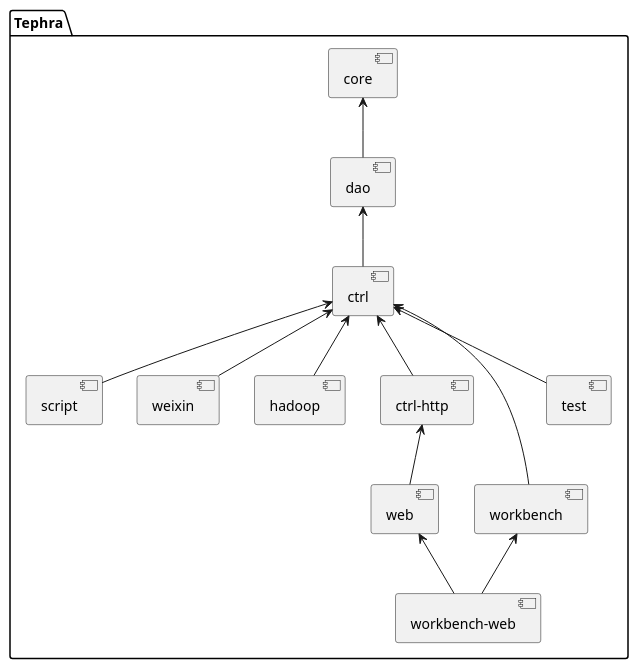
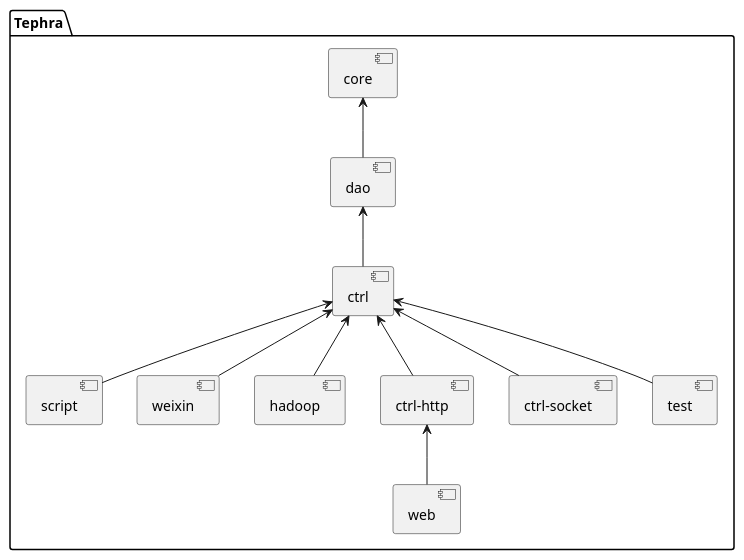
The diagram in doc/uml/front/first/module.puml (wangscript007/tephra), drawn with PlantUML before and after one commit. The commit also changed 154 other files, not shown here.

Commit message:
去除workbench模块；调整UML图到相应子模块。

```diff
--- a/doc/uml/front/first/module.puml
+++ b/doc/uml/front/first/module.puml
@@ -1,18 +1,16 @@
 @startuml
 
 package Tephra {
 [core]
 [core] <-- [dao]
 [dao] <-- [ctrl]
 [ctrl] <-- [script]
 [ctrl] <-- [weixin]
 [ctrl] <-- [hadoop]
 [ctrl] <-- [ctrl-http]
+[ctrl] <-- [ctrl-socket]
 [ctrl-http] <-- [web]
-[ctrl] <-- [workbench]
-[workbench] <-- [workbench-web]
-[web] <-- [workbench-web]
 [ctrl] <-- [test]
 }
 
 @enduml
```
